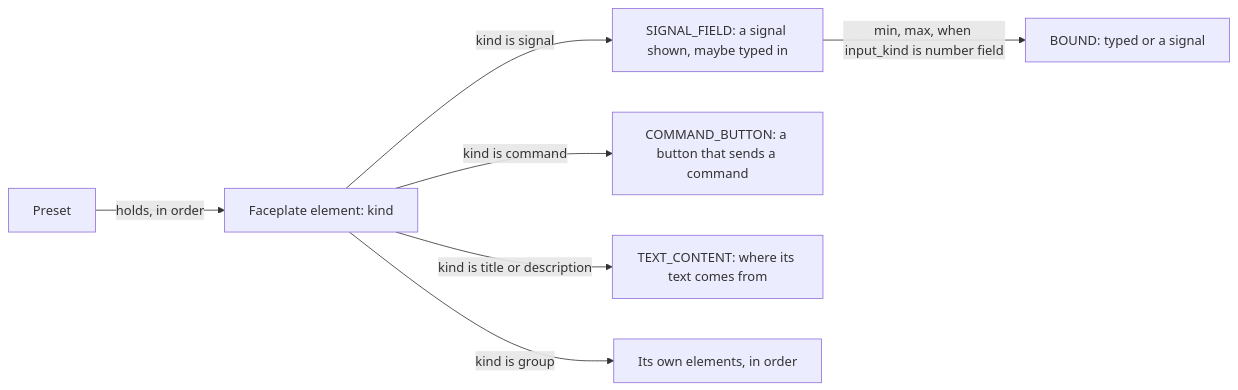
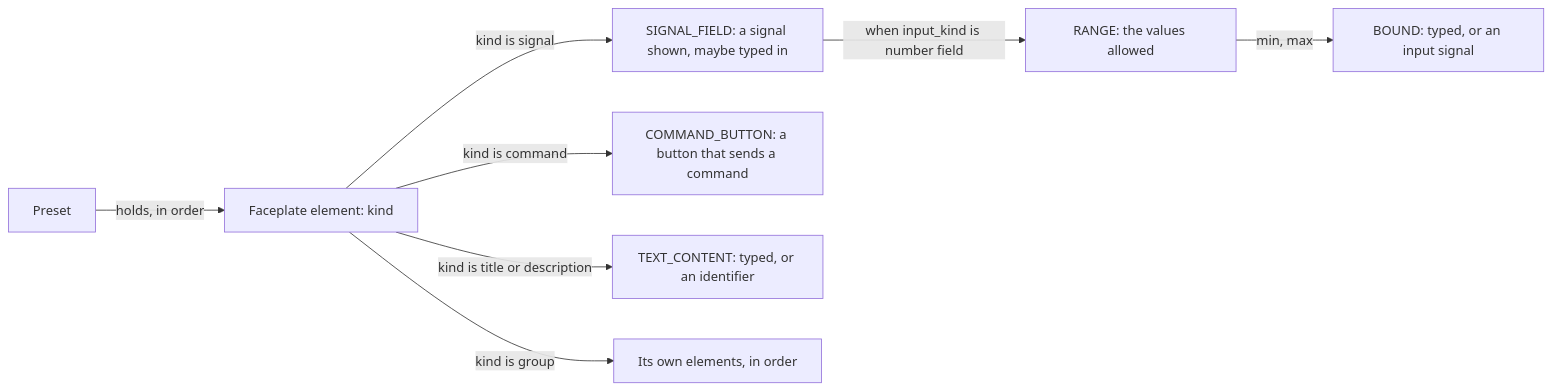
One commit to AlexandreGallais/synoptic-studio-spec changed the second of 2 diagrams in metadata/data-model.md. Above: the diagram before and after it, drawn with Mermaid. The commit also changed other lines of this file and 2 other files, not shown here.

````diff
--- a/metadata/data-model.md
+++ b/metadata/data-model.md
@@ -210,9 +209,10 @@
 ```mermaid
 flowchart LR
     P["Preset"] -->|"holds, in order"| E["Faceplate element: kind"]
     E -->|"kind is signal"| SF["SIGNAL_FIELD: a signal shown, maybe typed in"]
     E -->|"kind is command"| CB["COMMAND_BUTTON: a button that sends a command"]
-    E -->|"kind is title or description"| TC["TEXT_CONTENT: where its text comes from"]
+    E -->|"kind is title or description"| TC["TEXT_CONTENT: typed, or an identifier"]
     E -->|"kind is group"| G["Its own elements, in order"]
-    SF -->|"min, max, when input_kind is number field"| B["BOUND: typed or a signal"]
+    SF -->|"when input_kind is number field"| R["RANGE: the values allowed"]
+    R -->|"min, max"| B["BOUND: typed, or an input signal"]
 ```
````
